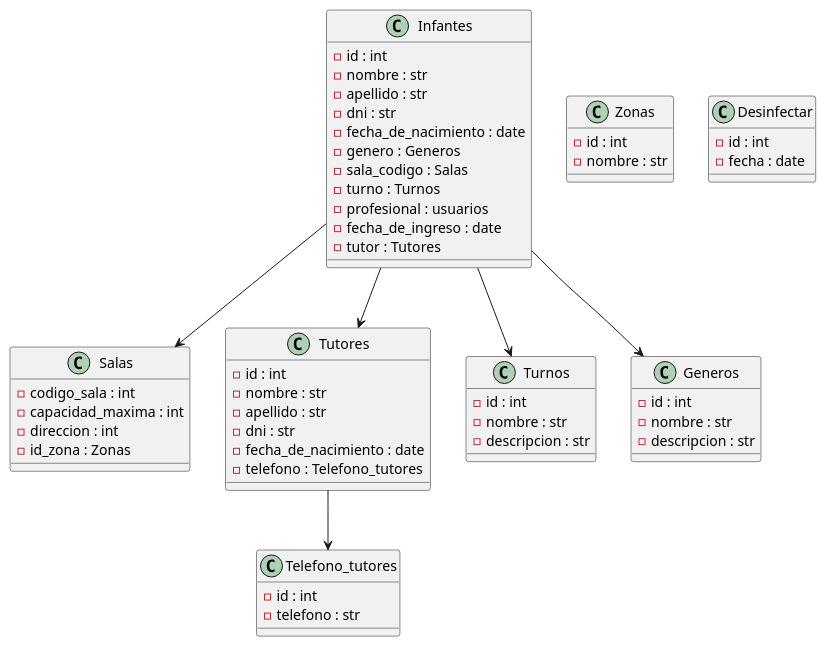
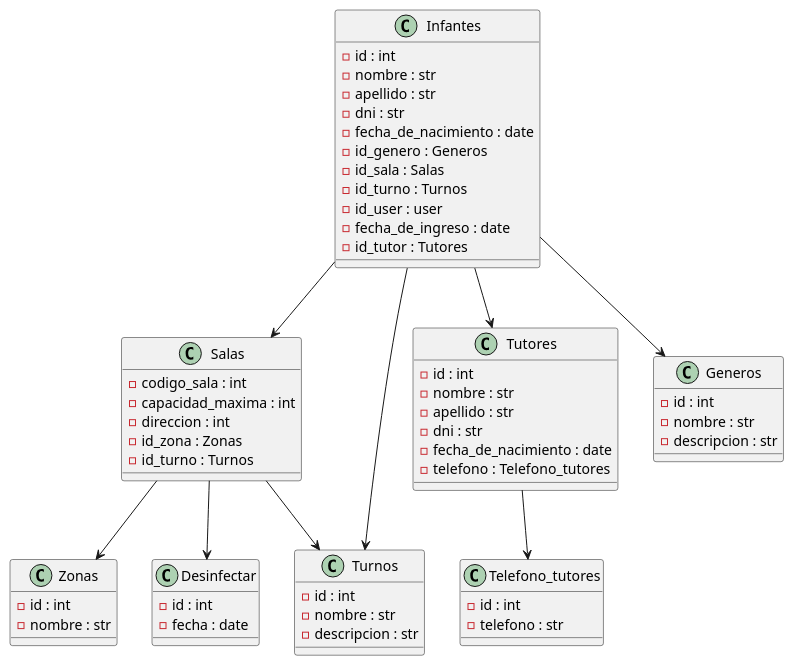
One commit to santiago6124/SalasCunaOLD changed the diagram in Diagram.wsd. Above: the diagram before and after it, drawn with PlantUML.

Commit message:
Diagram fixes

```diff
--- a/Diagram.wsd
+++ b/Diagram.wsd
@@ -1,66 +1,69 @@
 @startuml test
 
 class Infantes {
     -id : int
     -nombre : str
     -apellido : str
     -dni : str
     -fecha_de_nacimiento : date
-    -genero : Generos
-    -sala_codigo : Salas
-    -turno : Turnos
-    -profesional : usuarios
+    -id_genero : Generos
+    -id_sala : Salas
+    -id_turno : Turnos
+    -id_user : user
     -fecha_de_ingreso : date
-    -tutor : Tutores
-
+    -id_tutor : Tutores
 }
 
 class Salas {
     -codigo_sala : int
     -capacidad_maxima : int
     -direccion : int
     -id_zona : Zonas
+    -id_turno : Turnos
 } 
 
 class Zonas {
     -id : int
     -nombre : str
 }
 
 class Tutores {
     -id : int
     -nombre : str
     -apellido : str
     -dni : str
     -fecha_de_nacimiento : date
     -telefono : Telefono_tutores
 }
 
 class Turnos {
     -id : int
     -nombre : str
     -descripcion : str
 }
 
 class Generos {
     -id : int
     -nombre : str
     -descripcion : str
 }
 
 class Telefono_tutores {
     -id : int
     -telefono : str
 }
 
 class Desinfectar {
     -id : int
     -fecha : date
 }
 
 Infantes --> Salas
 Infantes --> Generos
 Infantes --> Tutores
 Infantes --> Turnos
 Tutores --> Telefono_tutores
+Salas --> Zonas
+Salas --> Desinfectar
+Salas --> Turnos
 @enduml
```
